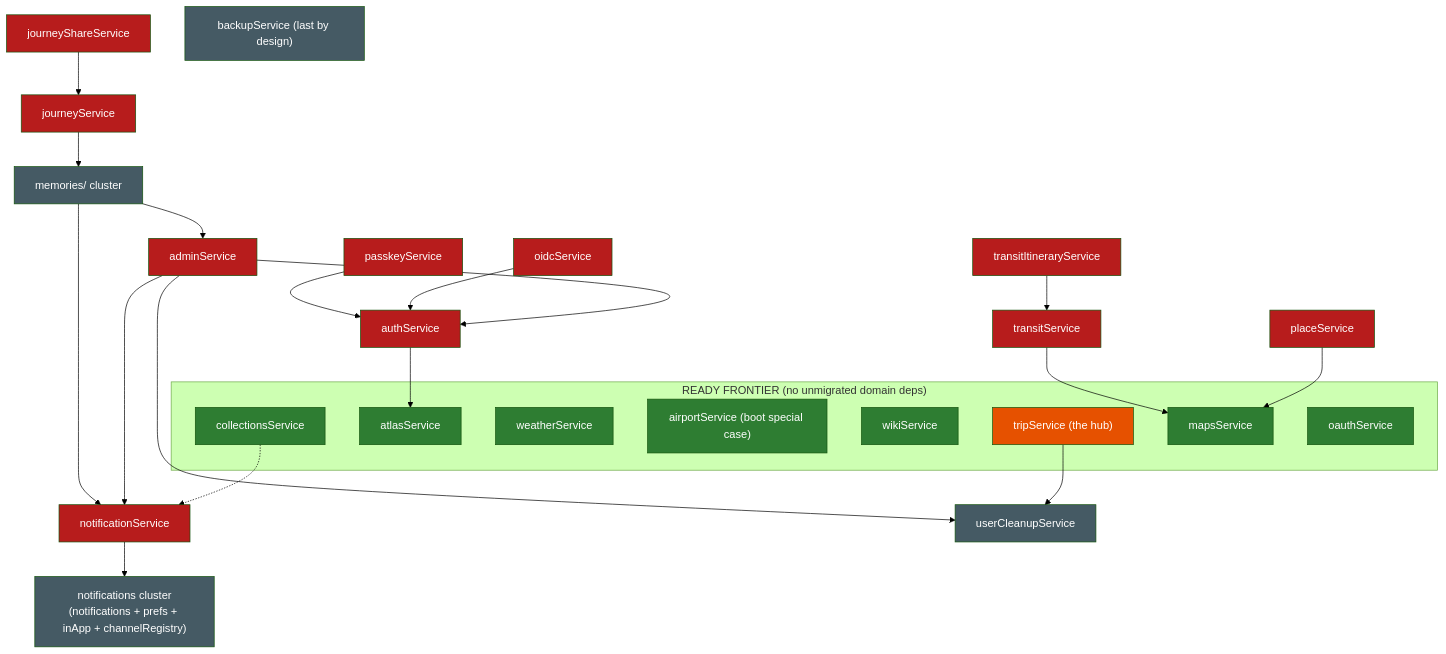
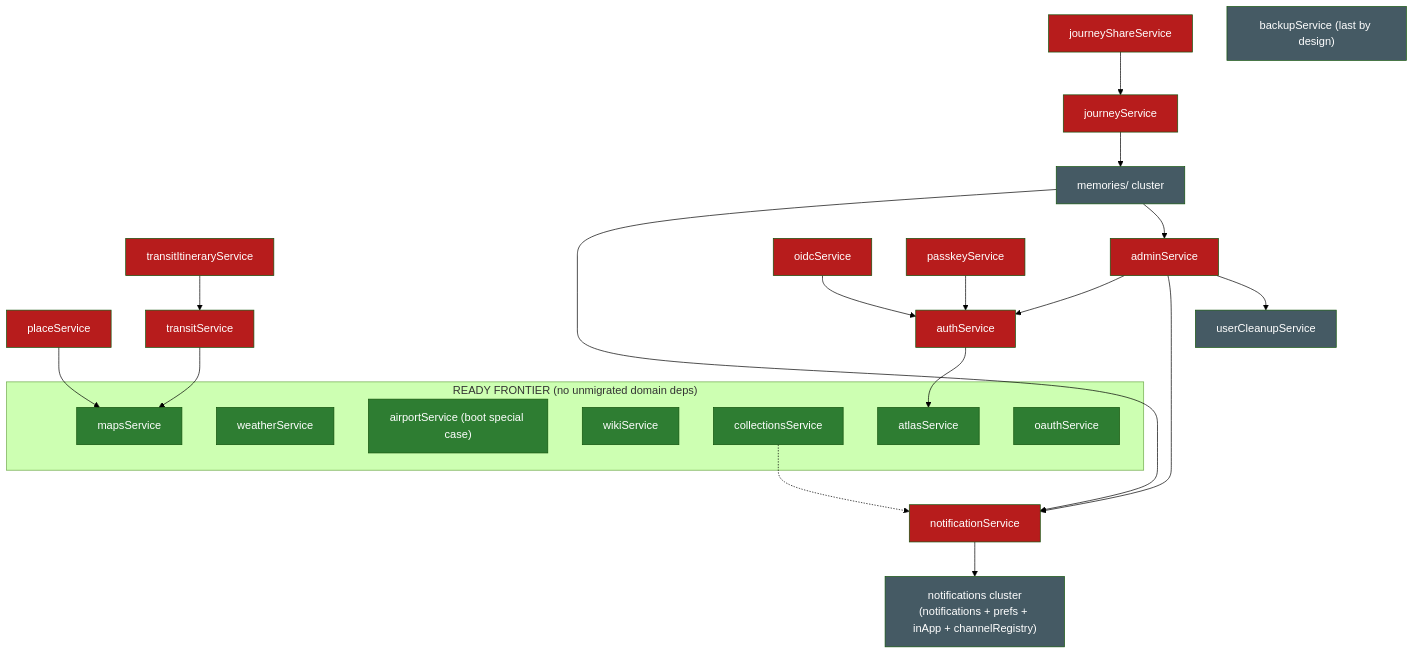
The diagram in migration-graph.md (BeInLife/TREK), drawn with Mermaid (forest theme) before and after one commit. The commit also changed other lines of this file and 17 other files, not shown here.

First line of the commit message:
chore: wire TripsService into the plugin RPC host and retire the legacy tripService

````diff
--- a/migration-graph.md
+++ b/migration-graph.md
@@ -69,47 +81,45 @@
 ```mermaid
 flowchart TD
   classDef ready fill:#2e7d32,color:#fff
   classDef blocked fill:#b71c1c,color:#fff
   classDef hub fill:#e65100,color:#fff
   classDef infra fill:#455a64,color:#fff
 
   subgraph frontier["READY FRONTIER (no unmigrated domain deps)"]
-    trip["tripService (the hub)"]:::hub
     atlas[atlasService]:::ready
     weather[weatherService]:::ready
     airport["airportService (boot special case)"]:::ready
     wiki[wikiService]:::ready
     collections[collectionsService]:::ready
     maps[mapsService]:::ready
     oauth[oauthService]:::ready
   end
 
   place[placeService]:::blocked
   notifSvc[notificationService]:::blocked
   transit[transitService]:::blocked
   transitItin[transitItineraryService]:::blocked
   admin[adminService]:::blocked
   auth[authService]:::blocked
   oidc[oidcService]:::blocked
   passkey[passkeyService]:::blocked
   journey[journeyService]:::blocked
   journeyShare[journeyShareService]:::blocked
   backup["backupService (last by design)"]:::infra
   notifCluster["notifications cluster<br/>(notifications + prefs + inApp + channelRegistry)"]:::infra
   memories["memories/ cluster"]:::infra
   cleanup[userCleanupService]:::infra
 
-  trip --> cleanup
   collections -.-> notifSvc
   place --> maps
   transit --> maps
   transitItin --> transit
   notifSvc --> notifCluster
   admin --> auth & notifSvc & cleanup
   auth --> atlas
   oidc --> auth
   passkey --> auth
   journey --> memories
   journeyShare --> journey
   memories --> notifSvc & admin
 ```
````
